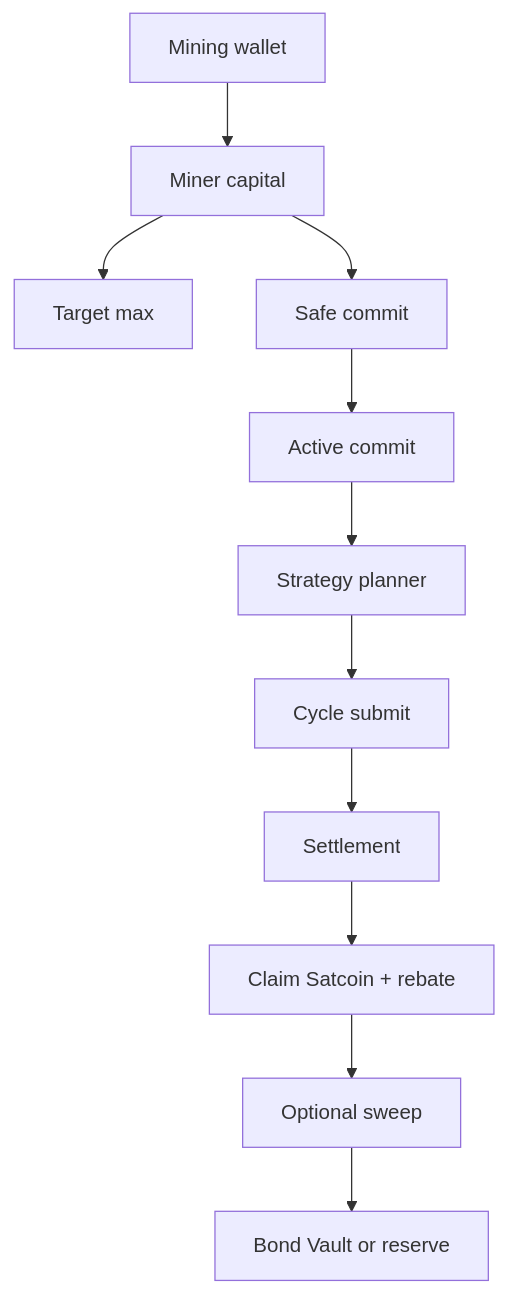
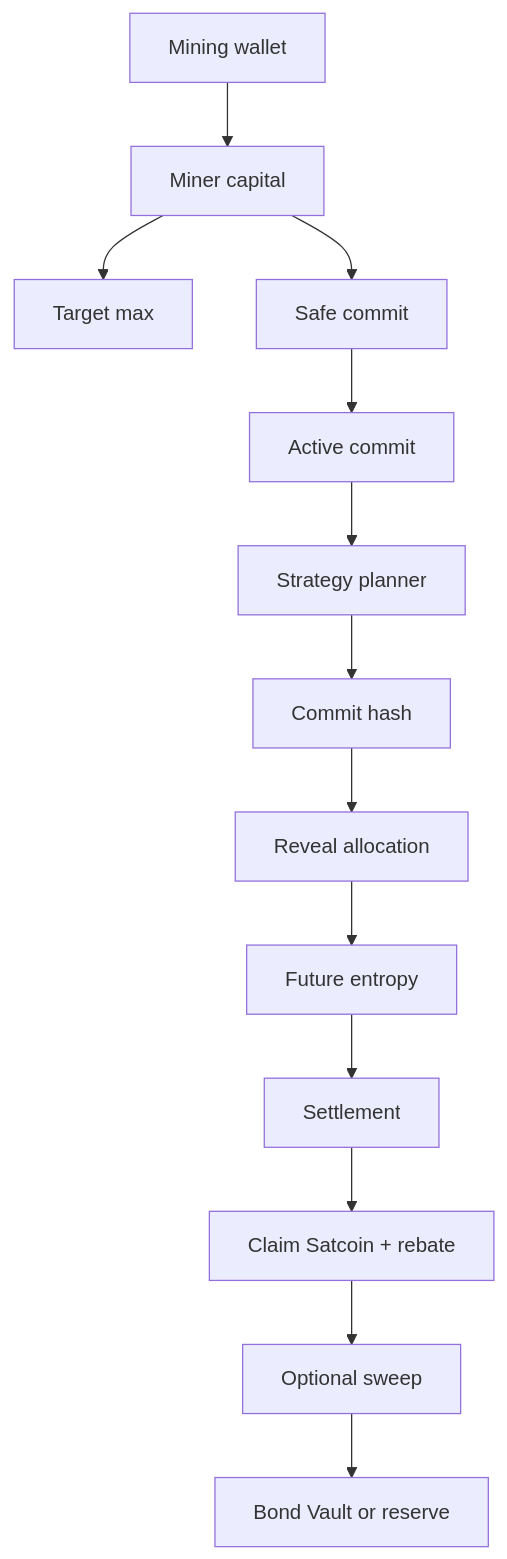
The first of 2 diagrams in docs/plugins/crypto/mining-advanced.md (fased-ai/fased), drawn with Mermaid before and after one commit. The commit also changed other lines of this file and 52 other files, not shown here.

````diff
--- a/docs/plugins/crypto/mining-advanced.md
+++ b/docs/plugins/crypto/mining-advanced.md
@@ -21,13 +21,15 @@
 ```mermaid
 flowchart TD
   Wallet["Mining wallet"] --> Capital["Miner capital"]
   Capital --> Target["Target max"]
   Capital --> Safe["Safe commit"]
   Safe --> Active["Active commit"]
   Active --> Planner["Strategy planner"]
-  Planner --> Submit["Cycle submit"]
-  Submit --> Settle["Settlement"]
+  Planner --> Commit["Commit hash"]
+  Commit --> Reveal["Reveal allocation"]
+  Reveal --> Entropy["Future entropy"]
+  Entropy --> Settle["Settlement"]
   Settle --> Claim["Claim Satcoin + rebate"]
   Claim --> Sweep["Optional sweep"]
   Sweep --> Bond["Bond Vault or reserve"]
 ```
````
